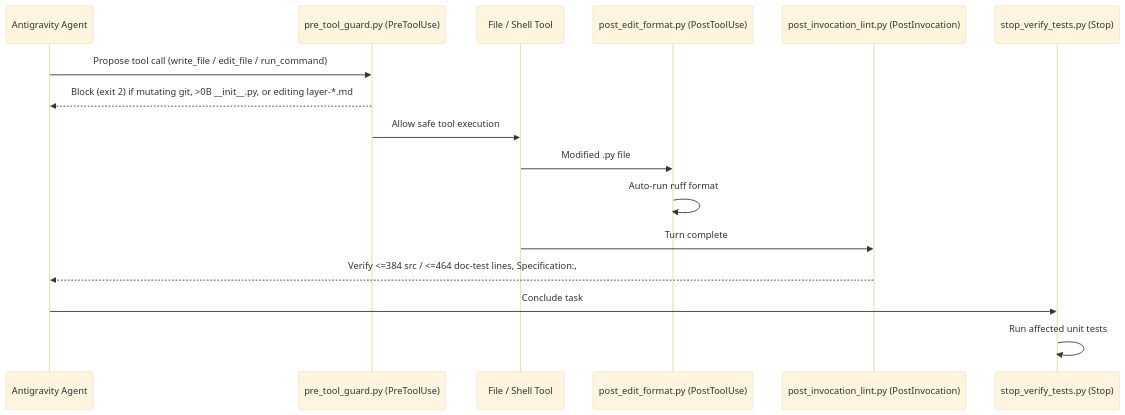
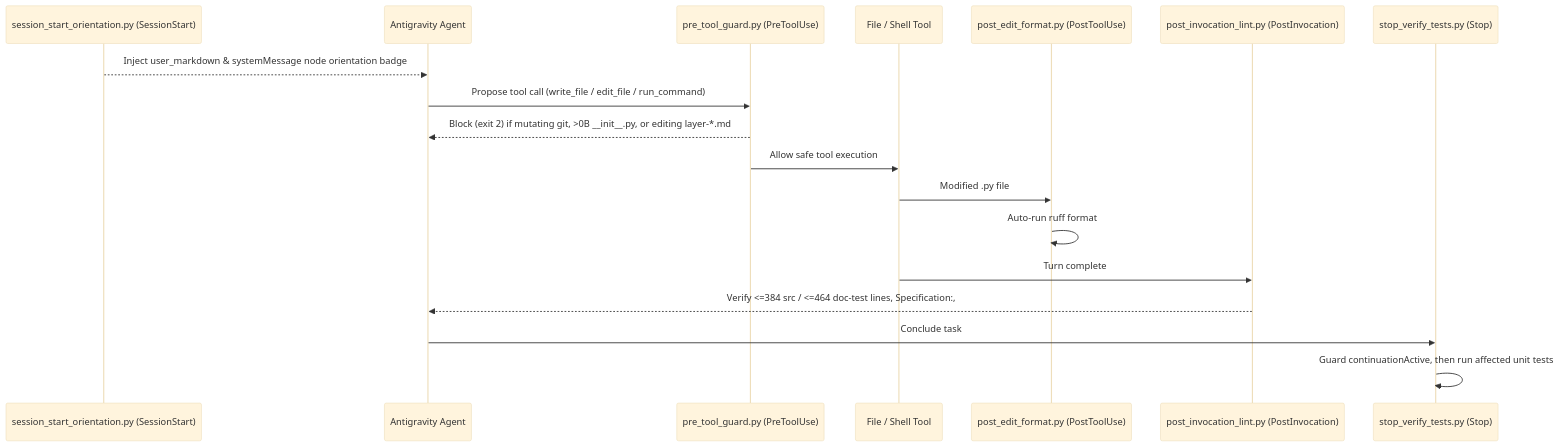
The diagram in docs/architecture/03_governance_and_work_ledger.md (mtwuser/zero-cloud-gravity), drawn with Mermaid (base theme) before and after one commit. The commit also changed other lines of this file and 101 other files, not shown here.

````diff
--- a/docs/architecture/03_governance_and_work_ledger.md
+++ b/docs/architecture/03_governance_and_work_ledger.md
@@ -40,19 +44,21 @@
 ```mermaid
 sequenceDiagram
+    participant Start as session_start_orientation.py (SessionStart)
     participant Agent as Antigravity Agent
     participant Pre as pre_tool_guard.py (PreToolUse)
     participant Tool as File / Shell Tool
     participant PostEdit as post_edit_format.py (PostToolUse)
     participant PostInv as post_invocation_lint.py (PostInvocation)
     participant Stop as stop_verify_tests.py (Stop)
 
+    Start-->>Agent: Inject user_markdown & systemMessage node orientation badge
     Agent->>Pre: Propose tool call (write_file / edit_file / run_command)
     Pre-->>Agent: Block (exit 2) if mutating git, >0B __init__.py, or editing layer-*.md
     Pre->>Tool: Allow safe tool execution
     Tool->>PostEdit: Modified .py file
     PostEdit->>PostEdit: Auto-run ruff format
     Tool->>PostInv: Turn complete
     PostInv-->>Agent: Verify <=384 src / <=464 doc-test lines, Specification:, # Arrange/# Act/# Assert, <=18KB AGENTS.md
     Agent->>Stop: Conclude task
-    Stop->>Stop: Run affected unit tests
+    Stop->>Stop: Guard continuationActive, then run affected unit tests
 ```
````
